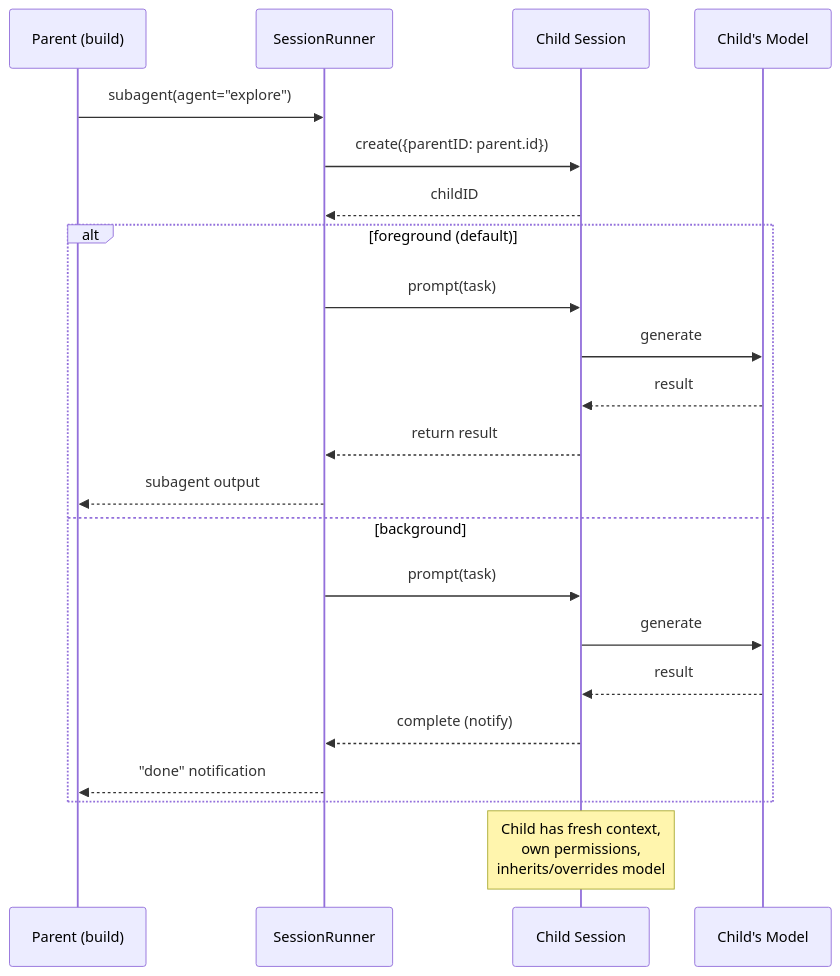
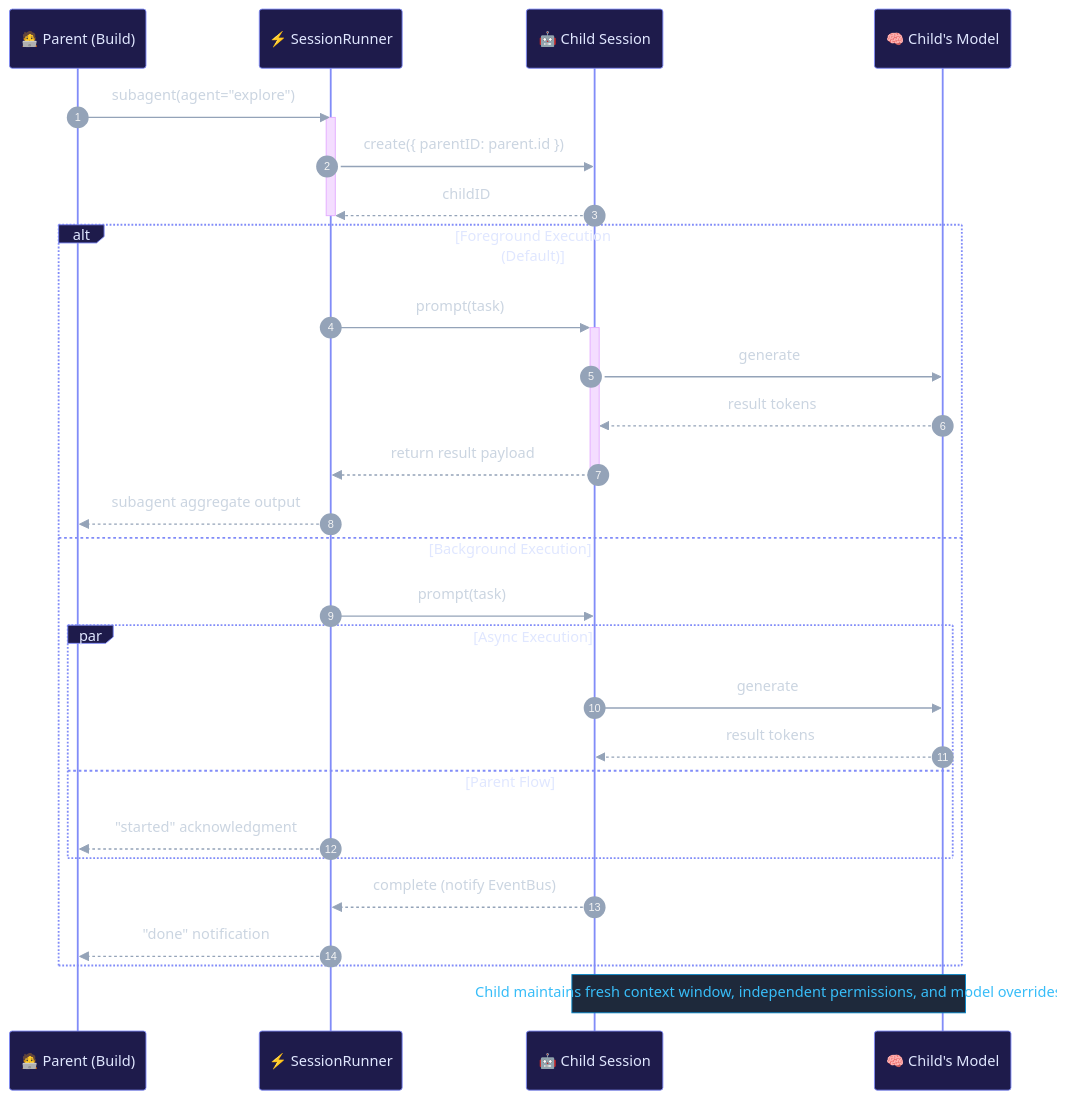
One commit to netplug-me/urban-octo-nerd changed the eighth of 21 diagrams in opencode-v2-internal-flowcharts.md. Above: the diagram before and after it, drawn with Mermaid. The commit also changed other lines of this file, not shown here.

````diff
--- a/opencode-v2-internal-flowcharts.md
+++ b/opencode-v2-internal-flowcharts.md
@@ -242,27 +281,35 @@
 ```mermaid
+%%{init: {'theme': 'base', 'themeVariables': { 'fontFamily': 'Fira Code, monospace', 'fontSize': '12px', 'darkMode': true, 'actorBkg': '#1e1b4b', 'actorBorder': '#818cf8', 'actorTextColor': '#e0e7ff', 'signalColor': '#94a3b8', 'signalTextColor': '#cbd5e1', 'noteBkgColor': '#1e293b', 'noteTextColor': '#38bdf8', 'noteBorderColor': '#0284c7'}}}%%
 sequenceDiagram
-    participant P as Parent (build)
-    participant SR as SessionRunner
-    participant C as Child Session
-    participant M as Child's Model
+    autonumber
+    participant P as 🧑‍💻 Parent (Build)
+    participant SR as ⚡ SessionRunner
+    participant C as 🤖 Child Session
+    participant M as 🧠 Child's Model
 
     P->>SR: subagent(agent="explore")
-    SR->>C: create({parentID: parent.id})
+    activate SR
+    SR->>C: create({ parentID: parent.id })
     C-->>SR: childID
+    deactivate SR
 
-    alt foreground (default)
+    alt Foreground Execution (Default)
+        SR->>+C: prompt(task)
+        C->>M: generate
+        M-->>C: result tokens
+        C-->>-SR: return result payload
+        SR-->>P: subagent aggregate output
+    else Background Execution
         SR->>C: prompt(task)
-        C->>M: generate
-        M-->>C: result
-        C-->>SR: return result
-        SR-->>P: subagent output
-    else background
-        SR->>C: prompt(task)
-        C->>M: generate
-        M-->>C: result
-        C-->>SR: complete (notify)
+        par Async Execution
+            C->>M: generate
+            M-->>C: result tokens
+        and Parent Flow
+            SR-->>P: "started" acknowledgment
+        end
+        C-->>SR: complete (notify EventBus)
         SR-->>P: "done" notification
     end
 
-    Note over C: Child has fresh context,<br/>own permissions,<br/>inherits/overrides model
+    Note over C,M: Child maintains fresh context window, independent permissions, and model overrides
 ```
````
